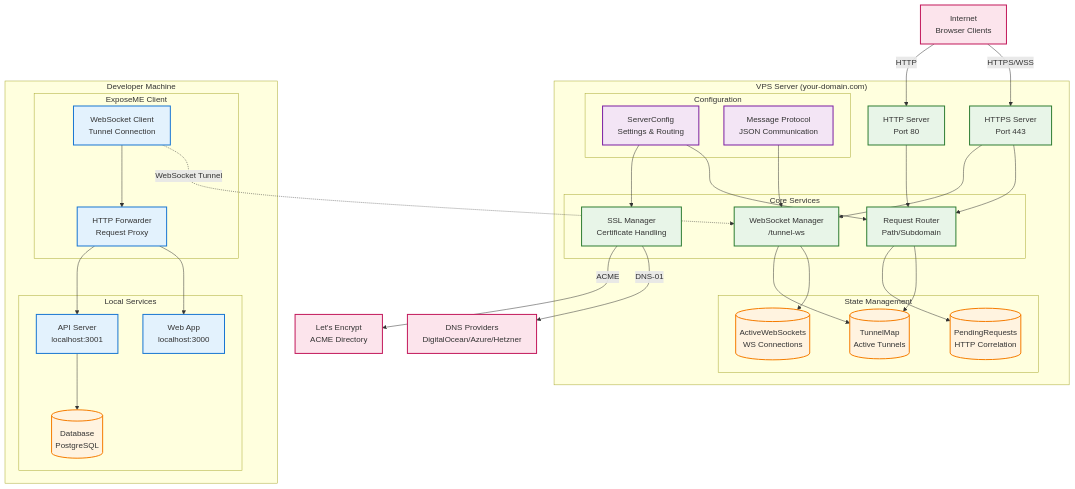
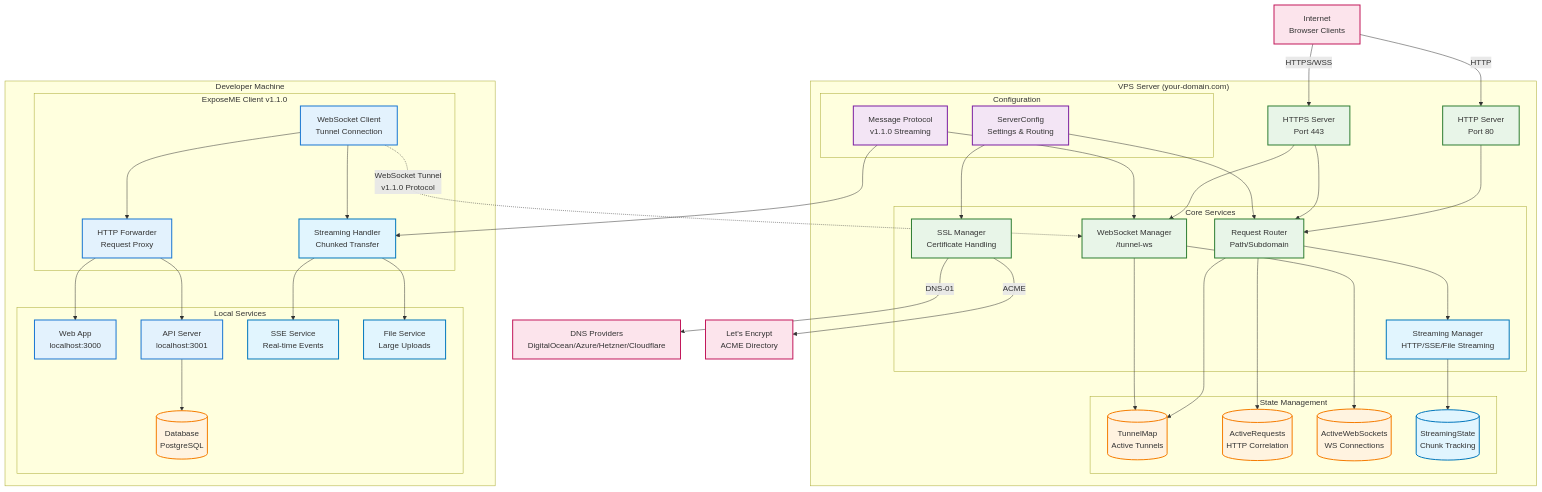
One commit to arch7tect/exposeme changed the diagram in docs/exposeme_mermaid_architecture.md. Above: the diagram before and after it, drawn with Mermaid. The commit also changed 1 other file, not shown here.

Commit message:
diagram updates

````diff
--- a/docs/exposeme_mermaid_architecture.md
+++ b/docs/exposeme_mermaid_architecture.md
@@ -2,7 +2,7 @@
 graph TD
 %% External Layer
     Internet[Internet<br/>Browser Clients]
-    DNS[DNS Providers<br/>DigitalOcean/Azure/Hetzner]
+    DNS[DNS Providers<br/>DigitalOcean/Azure/Hetzner/Cloudflare]
     LE[Let's Encrypt<br/>ACME Directory]
 
 %% VPS Server - Network Layer
@@ -15,34 +15,39 @@
             WSMgr[WebSocket Manager<br/>/tunnel-ws]
             Router[Request Router<br/>Path/Subdomain]
             SSLMgr[SSL Manager<br/>Certificate Handling]
+            StreamMgr[Streaming Manager<br/>HTTP/SSE/File Streaming]
         end
 
     %% State Management Layer
         subgraph StateLayer ["State Management"]
             TunnelMap[(TunnelMap<br/>Active Tunnels)]
-            PendingReq[(PendingRequests<br/>HTTP Correlation)]
+            ActiveReq[(ActiveRequests<br/>HTTP Correlation)]
             ActiveWS[(ActiveWebSockets<br/>WS Connections)]
+            StreamState[(StreamingState<br/>Chunk Tracking)]
         end
 
     %% Configuration Layer
         subgraph ConfigLayer ["Configuration"]
             Config[ServerConfig<br/>Settings & Routing]
-            Protocol[Message Protocol<br/>JSON Communication]
+            Protocol[Message Protocol<br/>v1.1.0 Streaming]
         end
     end
 
 %% Client Side
     subgraph ClientSide ["Developer Machine"]
     %% Client Services
-        subgraph ClientServices ["ExposeME Client"]
+        subgraph ClientServices ["ExposeME Client v1.1.0"]
             WSClient[WebSocket Client<br/>Tunnel Connection]
             HTTPForward[HTTP Forwarder<br/>Request Proxy]
+            StreamHandler[Streaming Handler<br/>Chunked Transfer]
         end
 
     %% Local Development
         subgraph LocalDev ["Local Services"]
             WebApp[Web App<br/>localhost:3000]
             API[API Server<br/>localhost:3001]
+            SSEService[SSE Service<br/>Real-time Events]
+            FileService[File Service<br/>Large Uploads]
             DB[(Database<br/>PostgreSQL)]
         end
     end
@@ -61,22 +66,28 @@
     HTTPS --> WSMgr
 
     Router --> TunnelMap
-    Router --> PendingReq
+    Router --> ActiveReq
+    Router --> StreamMgr
     WSMgr --> ActiveWS
     WSMgr --> TunnelMap
+    StreamMgr --> StreamState
 
 %% Configuration
     Config --> Router
     Config --> SSLMgr
     Protocol --> WSMgr
+    Protocol --> StreamHandler
 
 %% Client tunnel connection
-    WSClient -.->|WebSocket Tunnel| WSMgr
+    WSClient -.->|WebSocket Tunnel<br/>v1.1.0 Protocol| WSMgr
 
 %% Client internal connections
     WSClient --> HTTPForward
+    WSClient --> StreamHandler
     HTTPForward --> WebApp
     HTTPForward --> API
+    StreamHandler --> SSEService
+    StreamHandler --> FileService
     API --> DB
 
 %% Styling
@@ -85,10 +96,12 @@
     classDef client fill:#e3f2fd,stroke:#1976d2,stroke-width:2px
     classDef data fill:#fff3e0,stroke:#f57c00,stroke-width:2px
     classDef config fill:#f3e5f5,stroke:#7b1fa2,stroke-width:2px
+    classDef streaming fill:#e1f5fe,stroke:#0277bd,stroke-width:2px
 
     class Internet,DNS,LE external
     class HTTP,HTTPS,WSMgr,Router,SSLMgr server
     class WSClient,HTTPForward,WebApp,API client
-    class TunnelMap,PendingReq,ActiveWS,DB data
+    class TunnelMap,ActiveReq,ActiveWS,DB data
     class Config,Protocol config
+    class StreamMgr,StreamHandler,SSEService,FileService,StreamState streaming
 ```
````
